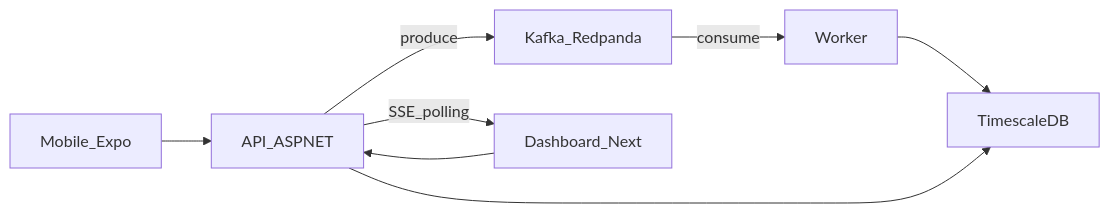
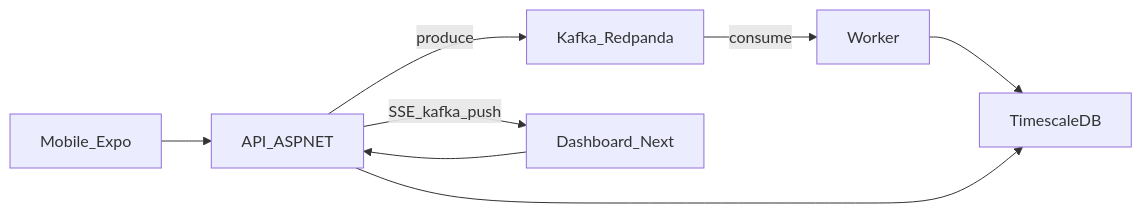
Before and after one commit to AlejoLobo/fleet-telemetry-platform: the diagram in README.md, drawn with Mermaid. The commit also changed other lines of this file and 26 other files, not shown here.

````diff
--- a/README.md
+++ b/README.md
@@ -22,10 +22,10 @@
 ```mermaid
 flowchart LR
   Mobile[Mobile_Expo] --> Api[API_ASPNET]
   Api -->|produce| Kafka[Kafka_Redpanda]
   Kafka -->|consume| Worker[Worker]
   Worker --> Ts[TimescaleDB]
   Api --> Ts
-  Api -->|SSE_polling| Web[Dashboard_Next]
+  Api -->|SSE_kafka_push| Web[Dashboard_Next]
   Web --> Api
 ```
````
